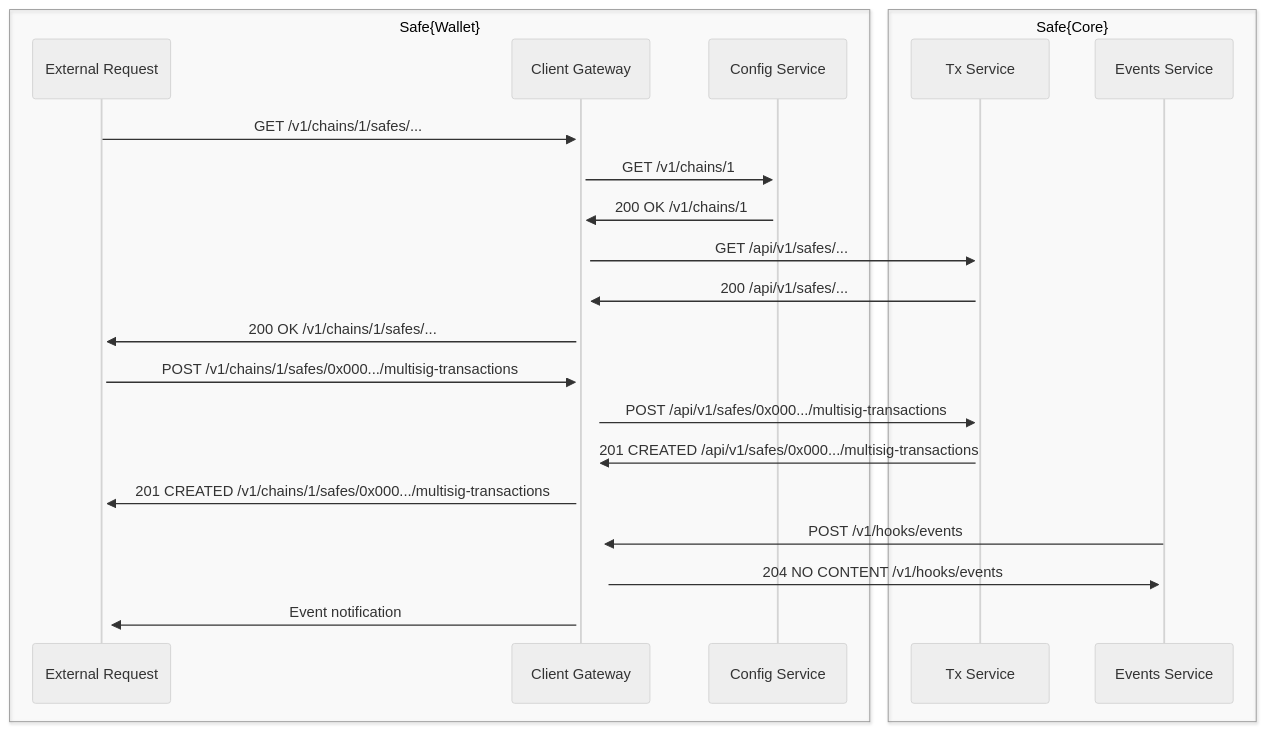
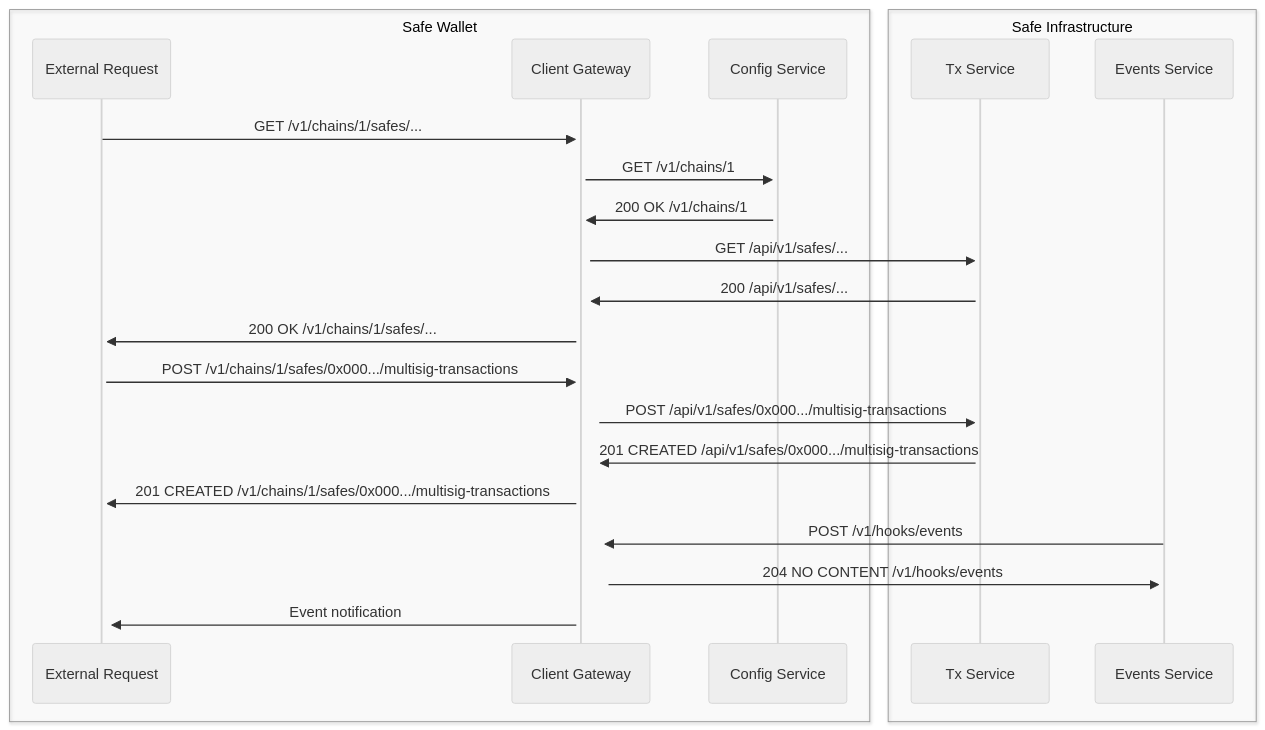
Before and after one commit to safe-global/safe-docs: the diagram in pages/core-api/api-overview.mdx, drawn with Mermaid (neutral theme). The commit also changed other lines of this file and 16 other files, not shown here.

Commit message:
feat: Safe Infrastructure API monetisation launch — branding, pricing, webhooks (#803)

````diff
--- a/pages/core-api/api-overview.mdx
+++ b/pages/core-api/api-overview.mdx
@@ -52,27 +51,27 @@
 ``` mermaid
 sequenceDiagram
-    box rgba(255,255,255,.1) Safe{Wallet}
+    box rgba(255,255,255,.1) Safe Wallet
     participant External Request
     participant Client Gateway
     participant Config Service
     end
-    box rgba(255,255,255,.1) Safe{Core}
+    box rgba(255,255,255,.1) Safe Infrastructure
     participant Tx Service
     
     participant Events Service
     end
     External Request->>+Client Gateway: GET /v1/chains/1/safes/...
     Client Gateway->>+Config Service: GET /v1/chains/1
     Config Service->>+Client Gateway: 200 OK /v1/chains/1
     Client Gateway->>+Tx Service: GET /api/v1/safes/...
     Tx Service->>+Client Gateway: 200 /api/v1/safes/...
     Client Gateway->>+External Request: 200 OK /v1/chains/1/safes/...
 
     External Request->>+Client Gateway: POST /v1/chains/1/safes/0x000.../multisig-transactions
     Client Gateway->>+Tx Service: POST /api/v1/safes/0x000.../multisig-transactions
     Tx Service->>+Client Gateway: 201 CREATED /api/v1/safes/0x000.../multisig-transactions
     Client Gateway->>+External Request: 201 CREATED /v1/chains/1/safes/0x000.../multisig-transactions
     Events Service->>+Client Gateway: POST /v1/hooks/events
     Client Gateway->>+Events Service: 204 NO CONTENT /v1/hooks/events
     Client Gateway->>+External Request: Event notification
 ```
````
